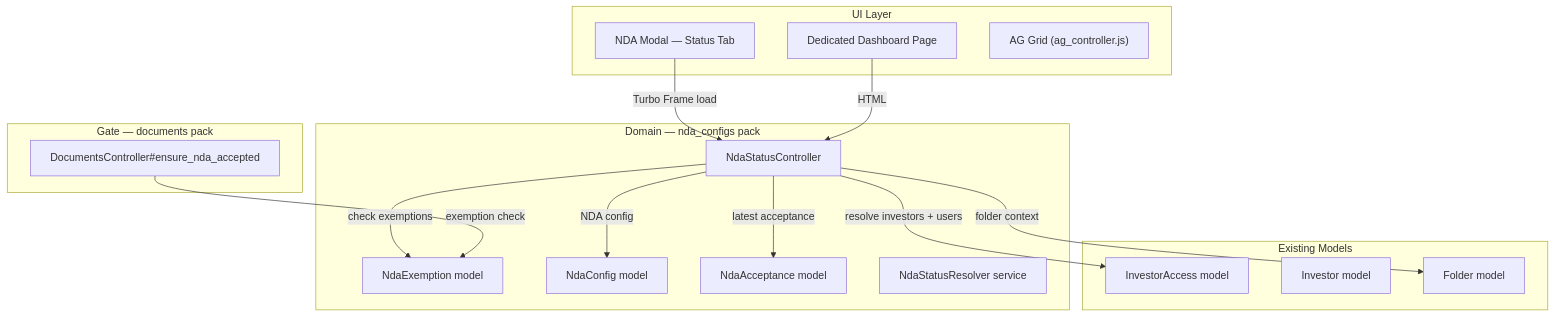
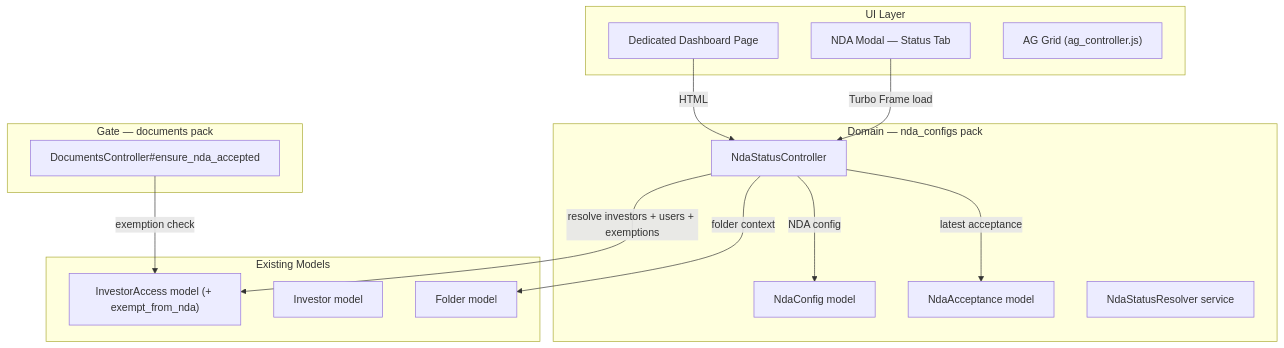
The first of 9 diagrams in openspec/changes/nda-data-room-module-3-gp-dashboard/design.md (sampadadiwan/IRM_CompanyMain), drawn with Mermaid before and after one commit. The commit also changed other lines of this file and 22 other files, not shown here.

First line of the commit message:
feat: Redesign exemption to stakeholder-level + hide NDA Settings on Data Room root

````diff
--- a/openspec/changes/nda-data-room-module-3-gp-dashboard/design.md
+++ b/openspec/changes/nda-data-room-module-3-gp-dashboard/design.md
@@ -49,35 +51,33 @@
 ```mermaid
 flowchart TD
     subgraph UI["UI Layer"]
         Modal["NDA Modal — Status Tab"]
         DashPage["Dedicated Dashboard Page"]
         AGGrid["AG Grid (ag_controller.js)"]
     end
 
     subgraph Domain["Domain — nda_configs pack"]
         NdaStatusCtrl["NdaStatusController"]
-        NdaExemption["NdaExemption model"]
         NdaConfig["NdaConfig model"]
         NdaAcceptance["NdaAcceptance model"]
         NdaStatusService["NdaStatusResolver service"]
     end
 
     subgraph ExistingModels["Existing Models"]
-        InvestorAccess["InvestorAccess model"]
+        InvestorAccess["InvestorAccess model (+ exempt_from_nda)"]
         Investor["Investor model"]
         Folder["Folder model"]
     end
 
     subgraph Gate["Gate — documents pack"]
         DocsCtrl["DocumentsController#ensure_nda_accepted"]
     end
 
     Modal -->|"Turbo Frame load"| NdaStatusCtrl
     DashPage -->|"HTML"| NdaStatusCtrl
-    NdaStatusCtrl -->|"resolve investors + users"| InvestorAccess
+    NdaStatusCtrl -->|"resolve investors + users + exemptions"| InvestorAccess
     NdaStatusCtrl -->|"latest acceptance"| NdaAcceptance
-    NdaStatusCtrl -->|"check exemptions"| NdaExemption
     NdaStatusCtrl -->|"folder context"| Folder
     NdaStatusCtrl -->|"NDA config"| NdaConfig
-    DocsCtrl -->|"exemption check"| NdaExemption
+    DocsCtrl -->|"exemption check"| InvestorAccess
 ```
````
